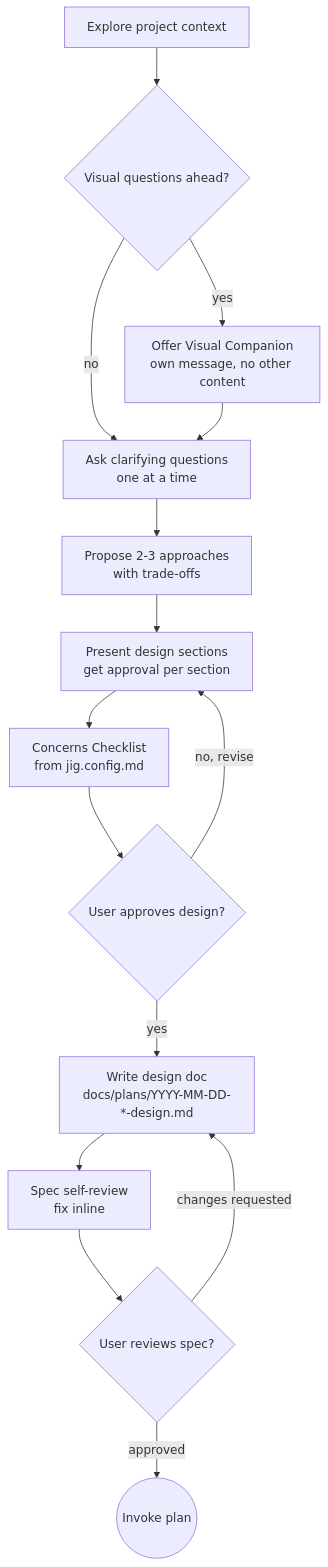
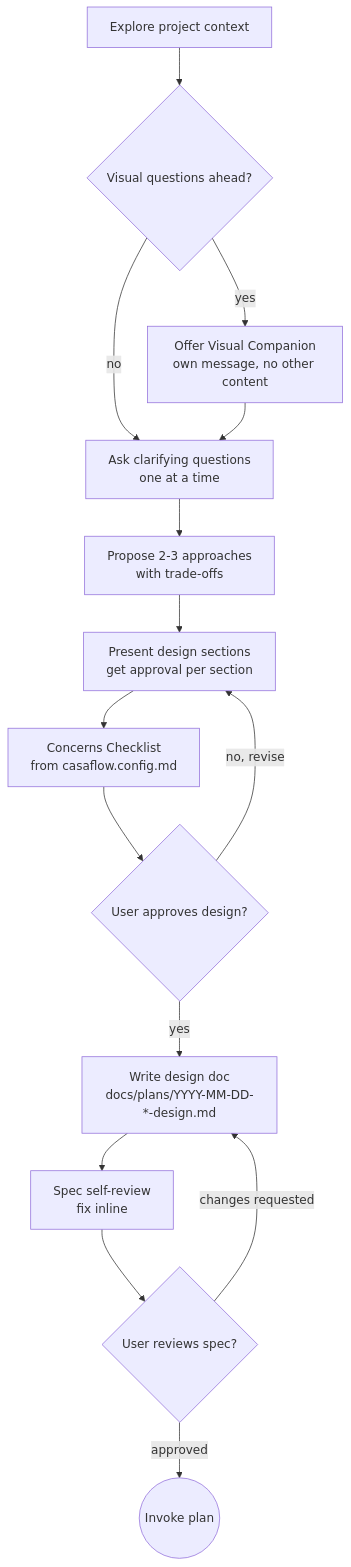
Before and after one commit to CasaPerks/casaflow: the diagram in core/skills/brainstorm/SKILL.md, drawn with Mermaid. The commit also changed other lines of this file and 43 other files, not shown here.

First line of the commit message:
refactor(core): consolidate config to scaffold/casaflow.config.md

````diff
--- a/core/skills/brainstorm/SKILL.md
+++ b/core/skills/brainstorm/SKILL.md
@@ -68,17 +68,17 @@
 ```mermaid
 flowchart TD
     A[Explore project context] --> B{Visual questions ahead?}
     B -->|yes| C[Offer Visual Companion<br/>own message, no other content]
     B -->|no| D[Ask clarifying questions<br/>one at a time]
     C --> D
     D --> E[Propose 2-3 approaches<br/>with trade-offs]
     E --> F[Present design sections<br/>get approval per section]
-    F --> G[Concerns Checklist<br/>from jig.config.md]
+    F --> G[Concerns Checklist<br/>from casaflow.config.md]
     G --> H{User approves design?}
     H -->|no, revise| F
     H -->|yes| I[Write design doc<br/>docs/plans/YYYY-MM-DD-*-design.md]
     I --> J[Spec self-review<br/>fix inline]
     J --> K{User reviews spec?}
     K -->|changes requested| I
     K -->|approved| L((Invoke plan))
 ```
````
